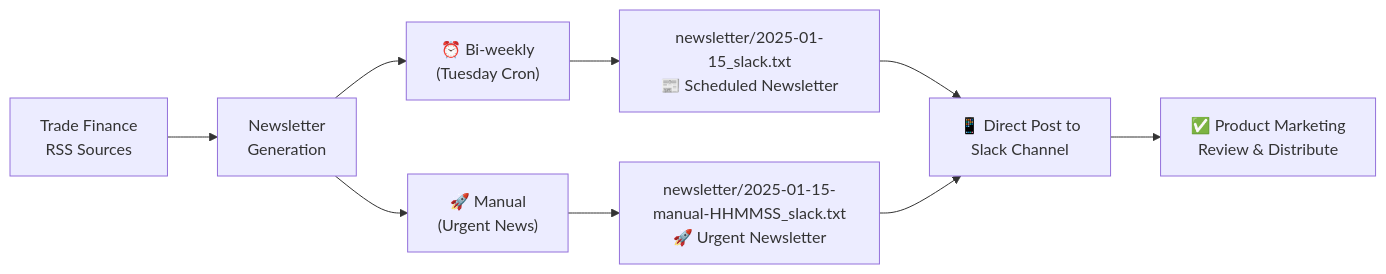
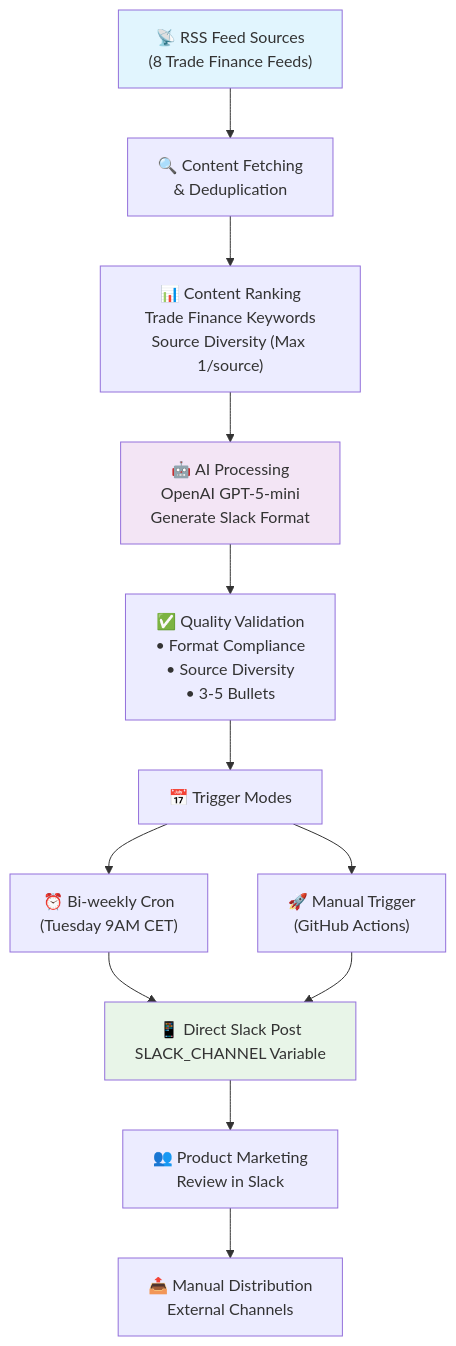
Before and after one commit to tamrakaranish/miti-marketing-newsletter: the diagram in README.md, drawn with Mermaid. The commit also changed other lines of this file, not shown here.

Commit message:
Update README with improved workflow diagram and details
Enhanced the Mermaid flowchart for clarity, added icons, and expanded descriptions of newsletter generation modes. Updated trigger and posting details to better reflect current workflow and Slack integration.

````diff
--- a/README.md
+++ b/README.md
@@ -15,15 +15,26 @@
 ```mermaid
-flowchart LR
-    A["Trade Finance<br/>RSS Sources"] --> B["Newsletter<br/>Generation"]
+flowchart TD
+    A["📡 RSS Feed Sources<br/>(8 Trade Finance Feeds)"] --> B["🔍 Content Fetching<br/>& Deduplication"]
     
-    B --> C["⏰ Bi-weekly<br/>(Tuesday Cron)"]
-    B --> D["🚀 Manual<br/>(Urgent News)"]
+    B --> C["📊 Content Ranking<br/>Trade Finance Keywords<br/>Source Diversity (Max 1/source)"]
     
-    C --> E["newsletter/2025-01-15_slack.txt<br/>📰 Scheduled Newsletter"]
-    D --> F["newsletter/2025-01-15-manual-HHMMSS_slack.txt<br/>🚀 Urgent Newsletter"]
+    C --> D["🤖 AI Processing<br/>OpenAI GPT-5-mini<br/>Generate Slack Format"]
     
-    E --> G["📱 Direct Post to<br/>Slack Channel"]
-    F --> G
+    D --> E["✅ Quality Validation<br/>• Format Compliance<br/>• Source Diversity<br/>• 3-5 Bullets"]
     
-    G --> H["✅ Product Marketing<br/>Review & Distribute"]
+    E --> F["📅 Trigger Modes"]
+    
+    F --> G["⏰ Bi-weekly Cron<br/>(Tuesday 9AM CET)"]
+    F --> H["🚀 Manual Trigger<br/>(GitHub Actions)"]
+    
+    G --> I["📱 Direct Slack Post<br/>SLACK_CHANNEL Variable"]
+    H --> I
+    
+    I --> J["👥 Product Marketing<br/>Review in Slack"]
+    
+    J --> K["📤 Manual Distribution<br/>External Channels"]
+    
+    style A fill:#e1f5fe
+    style D fill:#f3e5f5
+    style I fill:#e8f5e8
 ```
````
